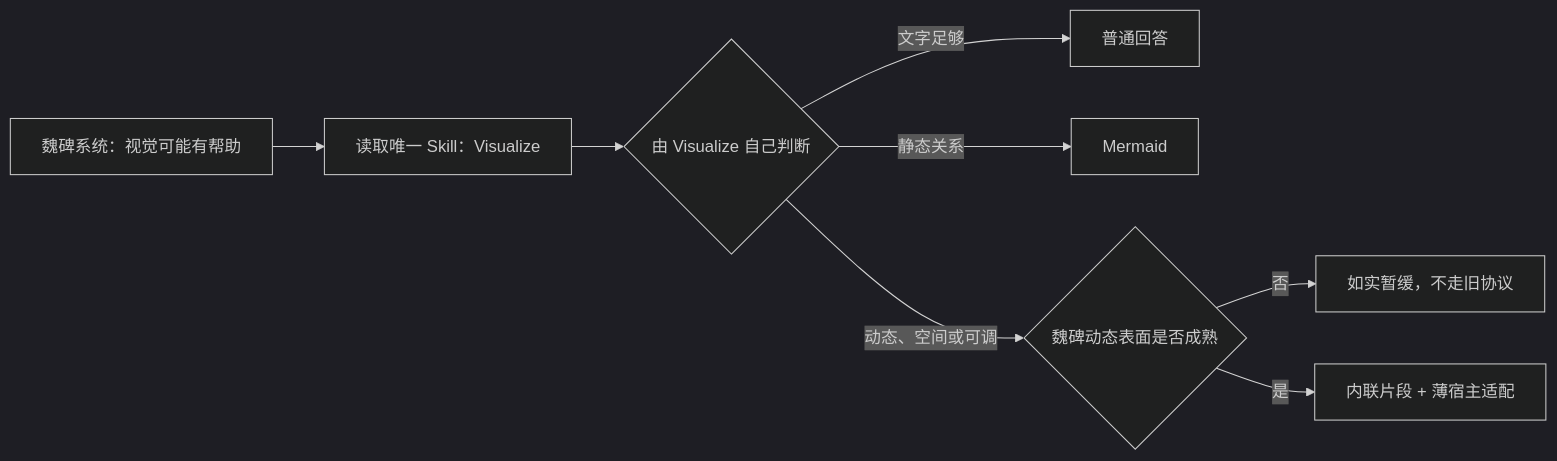
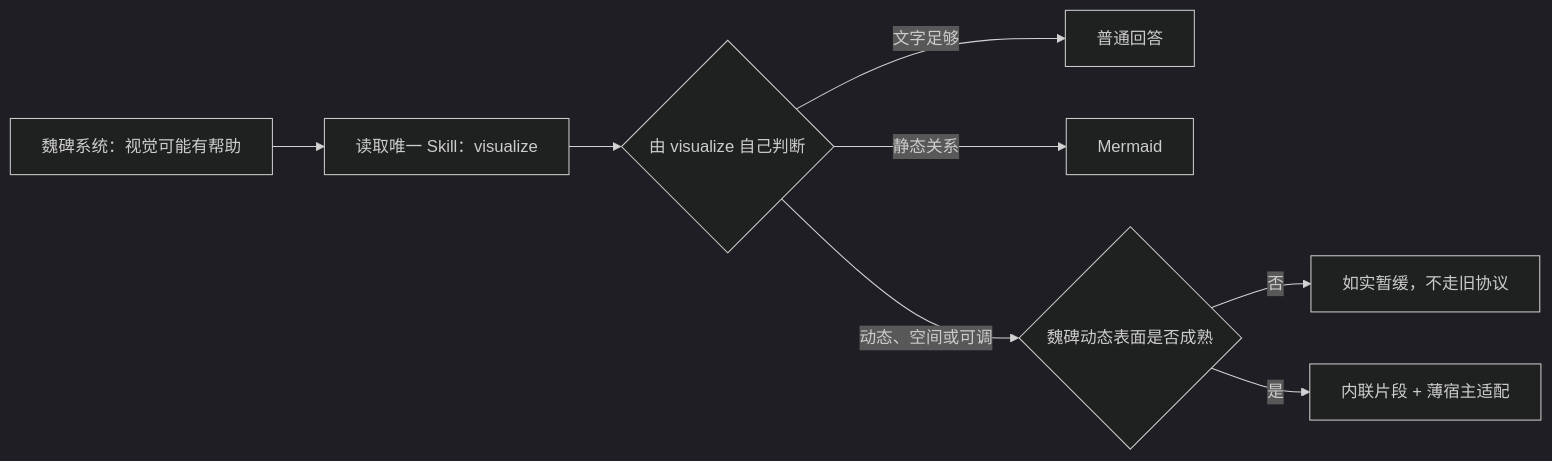
The diagram in Docs/生成式界面基础与Visualize借鉴.md (WroughtMind/weibei), drawn with Mermaid (dark theme) before and after one commit. The commit also changed other lines of this file, not shown here.

Commit message:
改为沿 Visualize 技术路线自主实现

````diff
--- a/Docs/生成式界面基础与Visualize借鉴.md
+++ b/Docs/生成式界面基础与Visualize借鉴.md
@@ -28,10 +28,10 @@
 ```mermaid
 flowchart LR
-    A["魏碑系统：视觉可能有帮助"] --> B["读取唯一 Skill：Visualize"]
-    B --> C{"由 Visualize 自己判断"}
+    A["魏碑系统：视觉可能有帮助"] --> B["读取唯一 Skill：visualize"]
+    B --> C{"由 visualize 自己判断"}
     C -- "文字足够" --> D["普通回答"]
     C -- "静态关系" --> E["Mermaid"]
     C -- "动态、空间或可调" --> F{"魏碑动态表面是否成熟"}
     F -- "否" --> G["如实暂缓，不走旧协议"]
     F -- "是" --> H["内联片段 + 薄宿主适配"]
 ```
````
